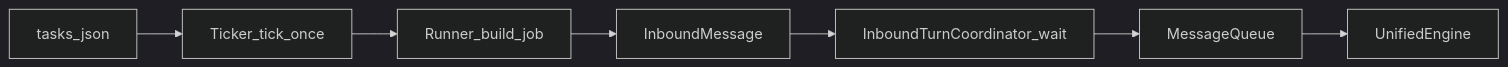
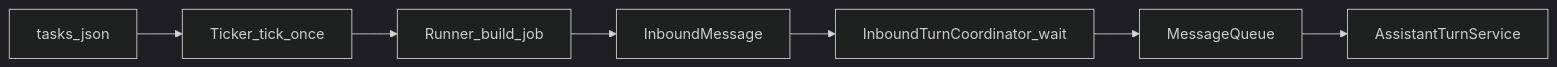
The diagram in docs/ARCHITECTURE.md (yingzhudashu/miniagent-python), drawn with Mermaid (dark theme) before and after one commit. The commit also changed other lines of this file and 242 other files, not shown here.

Commit message:
refactor: converge MiniAgent 3.0 architecture

````diff
--- a/docs/ARCHITECTURE.md
+++ b/docs/ARCHITECTURE.md
@@ -566,14 +566,14 @@
 ```mermaid
 flowchart LR
   tasksJson[tasks_json]
   ticker[Ticker_tick_once]
   runner[Runner_build_job]
-  engineNode[UnifiedEngine]
+  engineNode[AssistantTurnService]
   mq[MessageQueue]
   tasksJson --> ticker
   ticker --> runner
   runner --> inbound[InboundMessage]
   inbound --> coordinator[InboundTurnCoordinator_wait]
   coordinator --> mq[MessageQueue]
-  mq --> engineNode[UnifiedEngine]
+  mq --> engineNode[AssistantTurnService]
 ```
````
